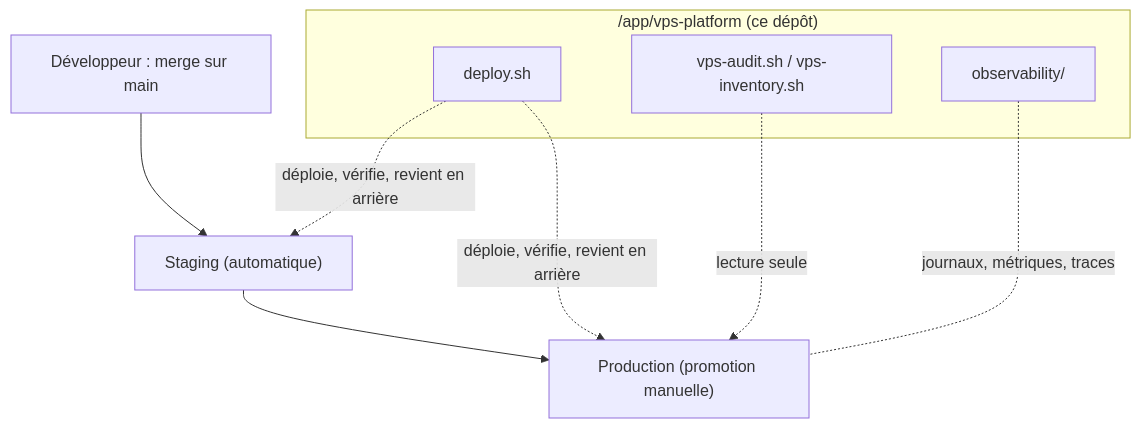
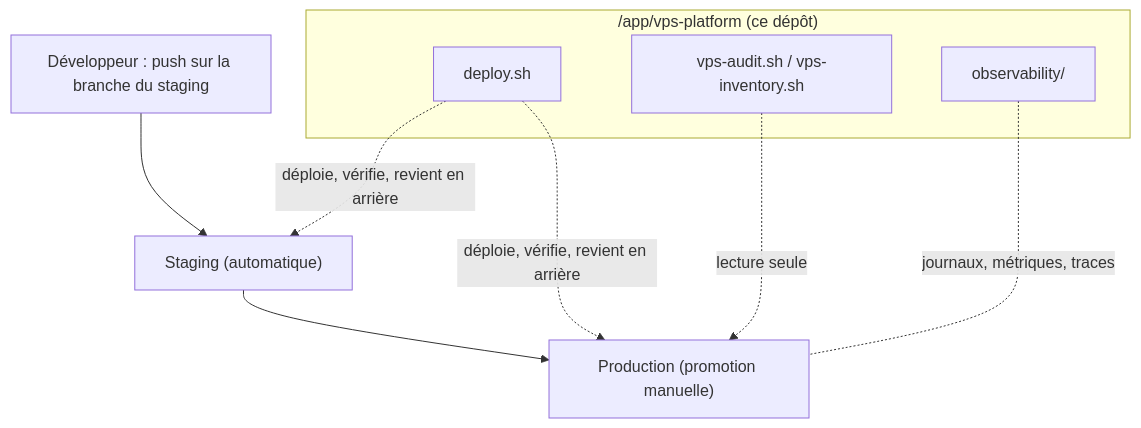
The diagram in guides/15-prise-en-main-equipe-it.md (wilfreidlando/vcam-infra-deploy), drawn with Mermaid before and after one commit. The commit also changed 6 other files, not shown here.

````diff
--- a/guides/15-prise-en-main-equipe-it.md
+++ b/guides/15-prise-en-main-equipe-it.md
@@ -23,13 +23,13 @@
 ```mermaid
 graph TB
-    Dev["Développeur : merge sur main"] --> Stg["Staging (automatique)"]
+    Dev["Développeur : push sur la branche du staging"] --> Stg["Staging (automatique)"]
     Stg --> Prod["Production (promotion manuelle)"]
     subgraph Plateforme["/app/vps-platform (ce dépôt)"]
         D["deploy.sh"]
         A["vps-audit.sh / vps-inventory.sh"]
         O["observability/"]
     end
     D -. "déploie, vérifie, revient en arrière" .-> Stg & Prod
     A -. "lecture seule" .-> Prod
     O -. "journaux, métriques, traces" .- Prod
 ```
````
